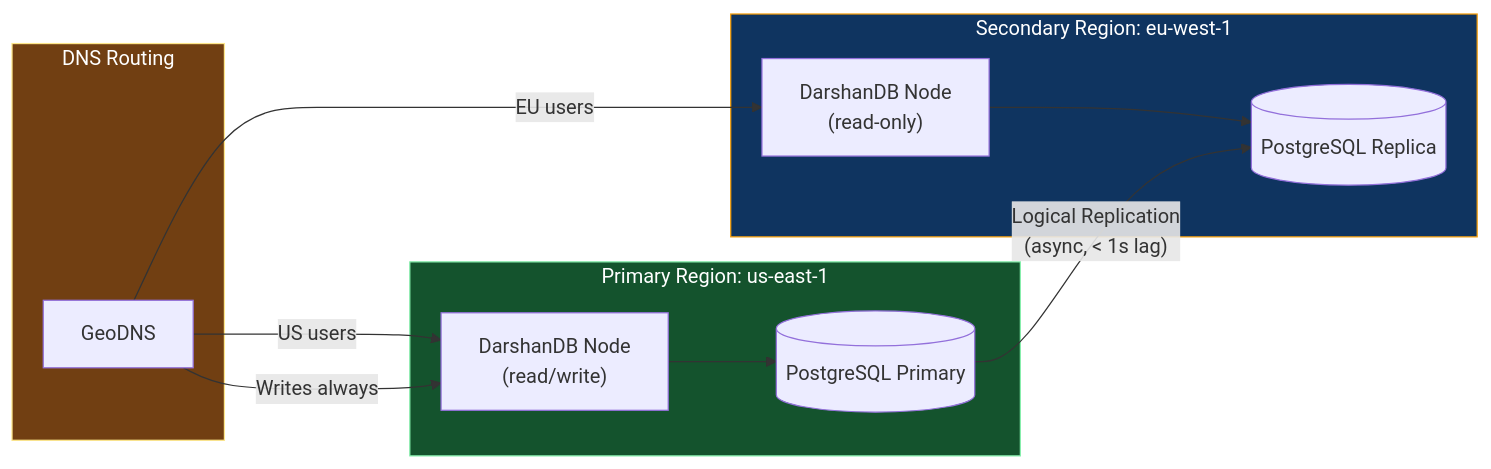
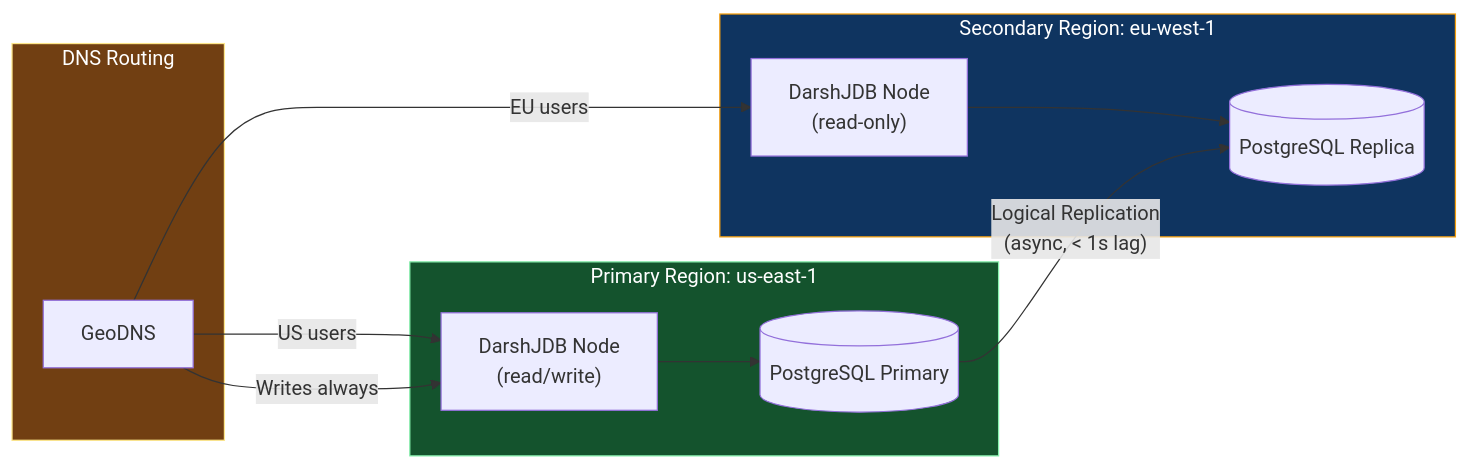
The ninth of 12 diagrams in docs/strategy/ENTERPRISE_STRATEGY.md (darshjme/darshjdb), drawn with Mermaid before and after one commit. The commit also changed other lines of this file and 107 other files, not shown here.

First line of the commit message:
rebrand: DarshanDB → DarshJDB (DDB)

````diff
--- a/docs/strategy/ENTERPRISE_STRATEGY.md
+++ b/docs/strategy/ENTERPRISE_STRATEGY.md
@@ -763,27 +763,27 @@
 ```mermaid
 graph LR
     subgraph Primary["Primary Region: us-east-1"]
-        P_N["DarshanDB Node\n(read/write)"]
+        P_N["DarshJDB Node\n(read/write)"]
         P_PG[("PostgreSQL Primary")]
         P_N --> P_PG
     end
 
     subgraph Secondary["Secondary Region: eu-west-1"]
-        S_N["DarshanDB Node\n(read-only)"]
+        S_N["DarshJDB Node\n(read-only)"]
         S_PG[("PostgreSQL Replica")]
         S_N --> S_PG
     end
 
     P_PG -->|"Logical Replication\n(async, < 1s lag)"| S_PG
 
     subgraph DNS["DNS Routing"]
         GEO["GeoDNS"]
         GEO -->|"EU users"| S_N
         GEO -->|"US users"| P_N
         GEO -->|"Writes always"| P_N
     end
 
     style Primary fill:#14532d,stroke:#86efac,color:#fff
     style Secondary fill:#0f3460,stroke:#F59E0B,color:#fff
     style DNS fill:#713f12,stroke:#fde68a,color:#fff
 ```
````
